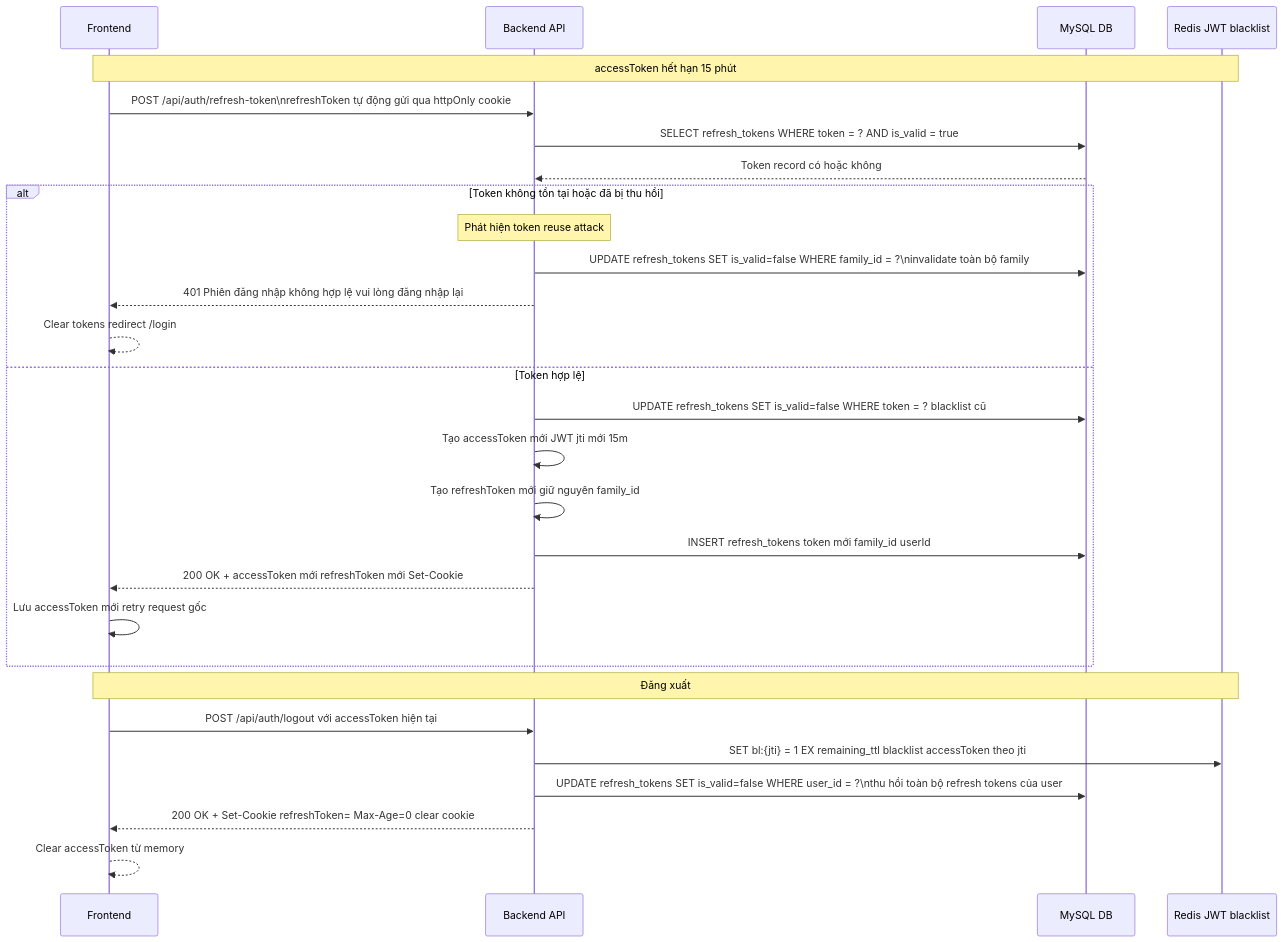
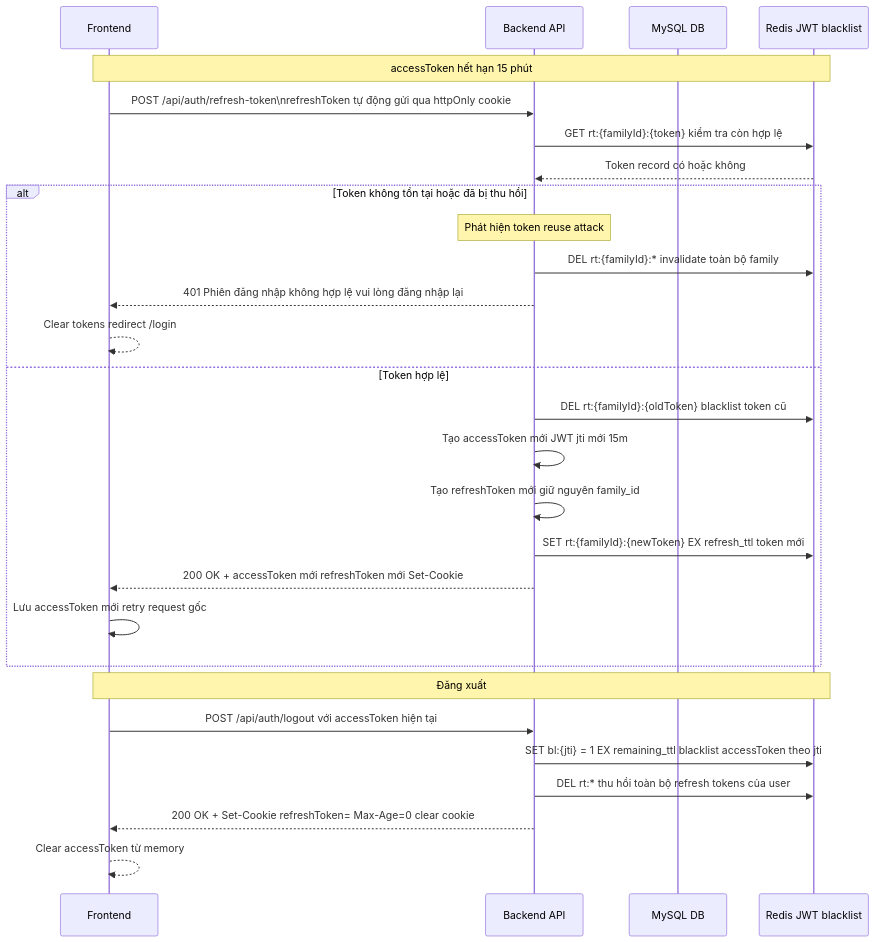
Before and after one commit to MinhThang1009/E-commerce-website: diagram 17 of 29 in DIAGRAMS.md, drawn with Mermaid. The commit also changed other lines of this file, not shown here.

Commit message:
docs: sửa layout biểu đồ (flowchart, direction TB) và sequence refresh_tokens Redis

````diff
--- a/DIAGRAMS.md
+++ b/DIAGRAMS.md
@@ -809,35 +809,35 @@
 ```mermaid
 sequenceDiagram
     participant FE as Frontend
     participant API as Backend API
     participant DB as MySQL DB
     participant Redis as Redis JWT blacklist
 
     Note over FE,Redis: accessToken hết hạn 15 phút
 
     FE->>API: POST /api/auth/refresh-token\nrefreshToken tự động gửi qua httpOnly cookie
-    API->>DB: SELECT refresh_tokens WHERE token = ? AND is_valid = true
-    DB-->>API: Token record có hoặc không
+    API->>Redis: GET rt:{familyId}:{token} kiểm tra còn hợp lệ
+    Redis-->>API: Token record có hoặc không
 
     alt Token không tồn tại hoặc đã bị thu hồi
         Note over API: Phát hiện token reuse attack
-        API->>DB: UPDATE refresh_tokens SET is_valid=false WHERE family_id = ?\ninvalidate toàn bộ family
+        API->>Redis: DEL rt:{familyId}:* invalidate toàn bộ family
         API-->>FE: 401 Phiên đăng nhập không hợp lệ vui lòng đăng nhập lại
         FE-->>FE: Clear tokens redirect /login
     else Token hợp lệ
-        API->>DB: UPDATE refresh_tokens SET is_valid=false WHERE token = ? blacklist cũ
+        API->>Redis: DEL rt:{familyId}:{oldToken} blacklist token cũ
         API->>API: Tạo accessToken mới JWT jti mới 15m
         API->>API: Tạo refreshToken mới giữ nguyên family_id
-        API->>DB: INSERT refresh_tokens token mới family_id userId
+        API->>Redis: SET rt:{familyId}:{newToken} EX refresh_ttl token mới
         API-->>FE: 200 OK + accessToken mới refreshToken mới Set-Cookie
         FE->>FE: Lưu accessToken mới retry request gốc
     end
 
     Note over FE,Redis: Đăng xuất
 
     FE->>API: POST /api/auth/logout với accessToken hiện tại
     API->>Redis: SET bl:{jti} = 1 EX remaining_ttl blacklist accessToken theo jti
-    API->>DB: UPDATE refresh_tokens SET is_valid=false WHERE user_id = ?\nthu hồi toàn bộ refresh tokens của user
+    API->>Redis: DEL rt:* thu hồi toàn bộ refresh tokens của user
     API-->>FE: 200 OK + Set-Cookie refreshToken= Max-Age=0 clear cookie
     FE-->>FE: Clear accessToken từ memory
 ```
````
